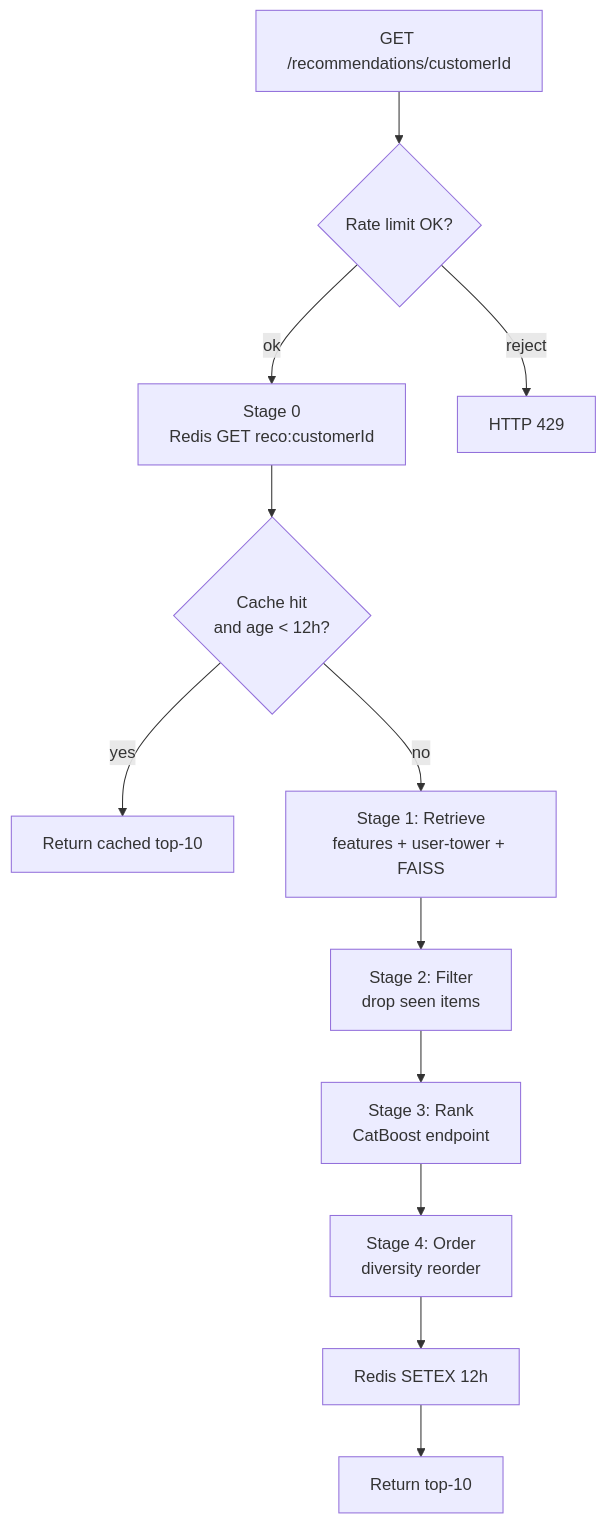
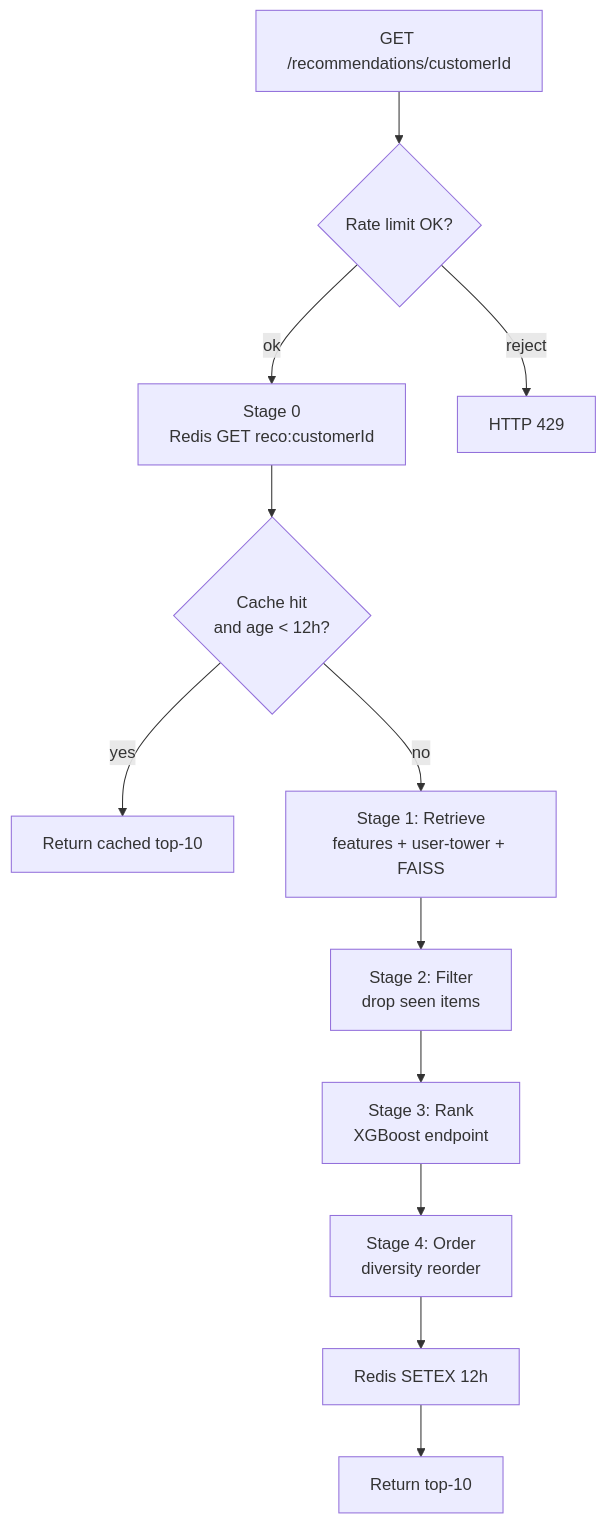
The fourth of 9 diagrams in docs/my-docs/personal-learning/future-implementation/hld.md (rahulvansh66/fashion-recommendation-system), drawn with Mermaid before and after one commit. The commit also changed other lines of this file and 144 other files, not shown here.

````diff
--- a/docs/my-docs/personal-learning/future-implementation/hld.md
+++ b/docs/my-docs/personal-learning/future-implementation/hld.md
@@ -406,27 +406,27 @@
 ```mermaid
 flowchart TB
     req[GET /recommendations/customerId]
     rateLimit{Rate limit OK?}
     cacheCheck["Stage 0<br/>Redis GET reco:customerId"]
     cacheHit{Cache hit<br/>and age &lt; 12h?}
     returnCached[Return cached top-10]
 
     stage1["Stage 1: Retrieve<br/>features + user-tower + FAISS"]
     stage2["Stage 2: Filter<br/>drop seen items"]
-    stage3["Stage 3: Rank<br/>CatBoost endpoint"]
+    stage3["Stage 3: Rank<br/>XGBoost endpoint"]
     stage4["Stage 4: Order<br/>diversity reorder"]
     cacheWrite["Redis SETEX 12h"]
     returnFresh[Return top-10]
 
     req --> rateLimit
     rateLimit -->|reject| http429[HTTP 429]
     rateLimit -->|ok| cacheCheck
     cacheCheck --> cacheHit
     cacheHit -->|yes| returnCached
     cacheHit -->|no| stage1
     stage1 --> stage2
     stage2 --> stage3
     stage3 --> stage4
     stage4 --> cacheWrite
     cacheWrite --> returnFresh
 ```
````
